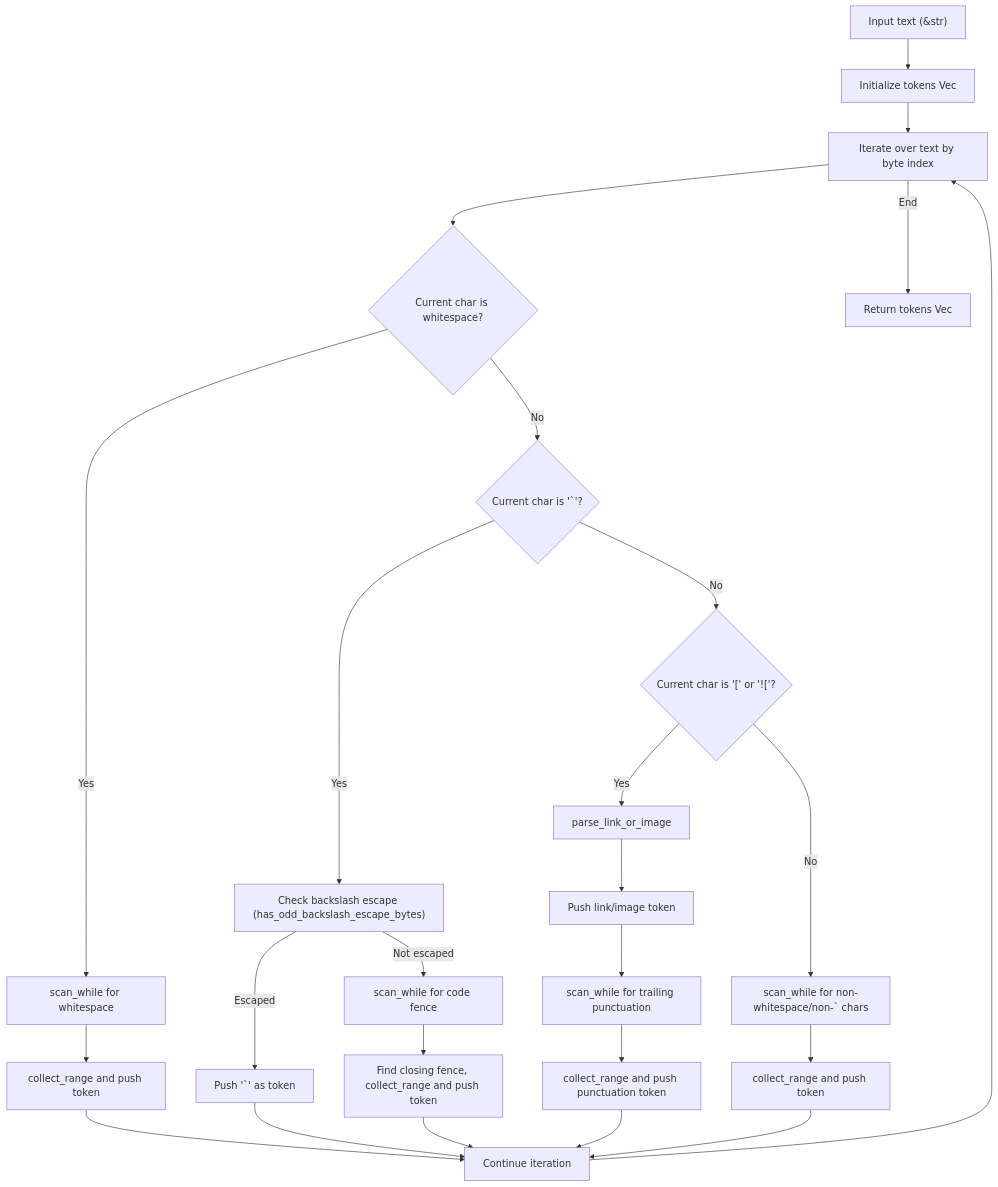
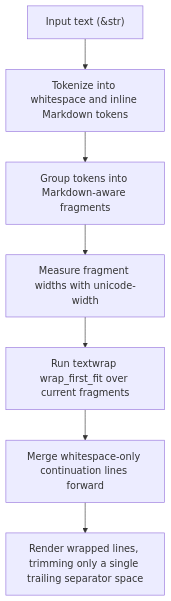
The third of 6 diagrams in docs/architecture.md (leynos/mdtablefix), drawn with Mermaid before and after one commit. The commit also changed other lines of this file and 20 other files, not shown here.

````diff
--- a/docs/architecture.md
+++ b/docs/architecture.md
@@ -382,23 +384,9 @@
 ```mermaid
 flowchart TD
-    A["Input text (&str)"] --> B["Initialize tokens Vec"]
-    B --> C["Iterate over text by byte index"]
-    C --> D{"Current char is whitespace?"}
-    D -- Yes --> E["scan_while for whitespace"]
-    E --> F["collect_range and push token"]
-    D -- No --> G{"Current char is '`'?"}
-    G -- Yes --> H["Check backslash escape (has_odd_backslash_escape_bytes)"]
-    H -- Escaped --> I["Push '`' as token"]
-    H -- Not escaped --> J["scan_while for code fence"]
-    J --> K["Find closing fence, collect_range and push token"]
-    G -- No --> L{"Current char is '[' or '!['?"}
-    L -- Yes --> M["parse_link_or_image"]
-    M --> N["Push link/image token"]
-    N --> O["scan_while for trailing punctuation"]
-    O --> P["collect_range and push punctuation token"]
-    L -- No --> Q["scan_while for non-whitespace/non-` chars"]
-    Q --> R["collect_range and push token"]
-    F & I & K & P & R --> S["Continue iteration"]
-    S --> C
-    C -->|End| T["Return tokens Vec"]
+    A["Input text (&str)"] --> B["Tokenize into whitespace and inline Markdown tokens"]
+    B --> C["Group tokens into Markdown-aware fragments"]
+    C --> D["Measure fragment widths with unicode-width"]
+    D --> E["Run textwrap wrap_first_fit over current fragments"]
+    E --> F["Merge whitespace-only continuation lines forward"]
+    F --> G["Render wrapped lines, trimming only a single trailing separator space"]
 ```
````
